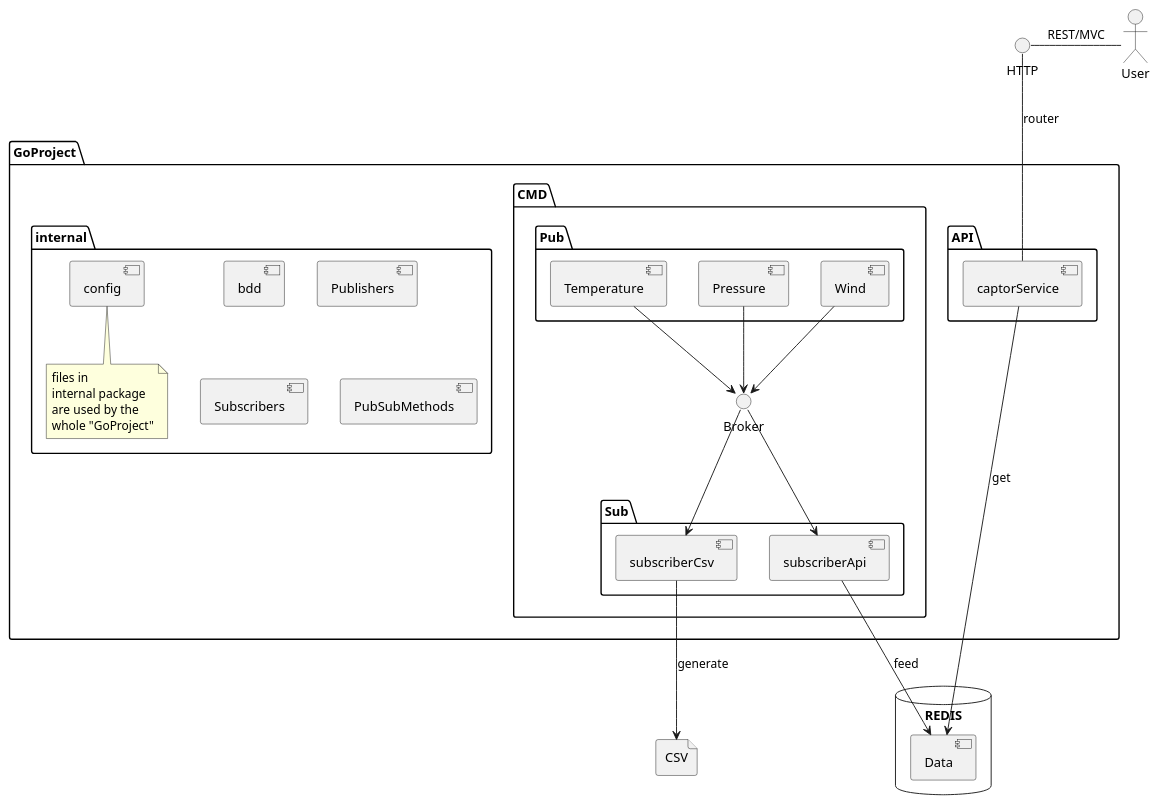
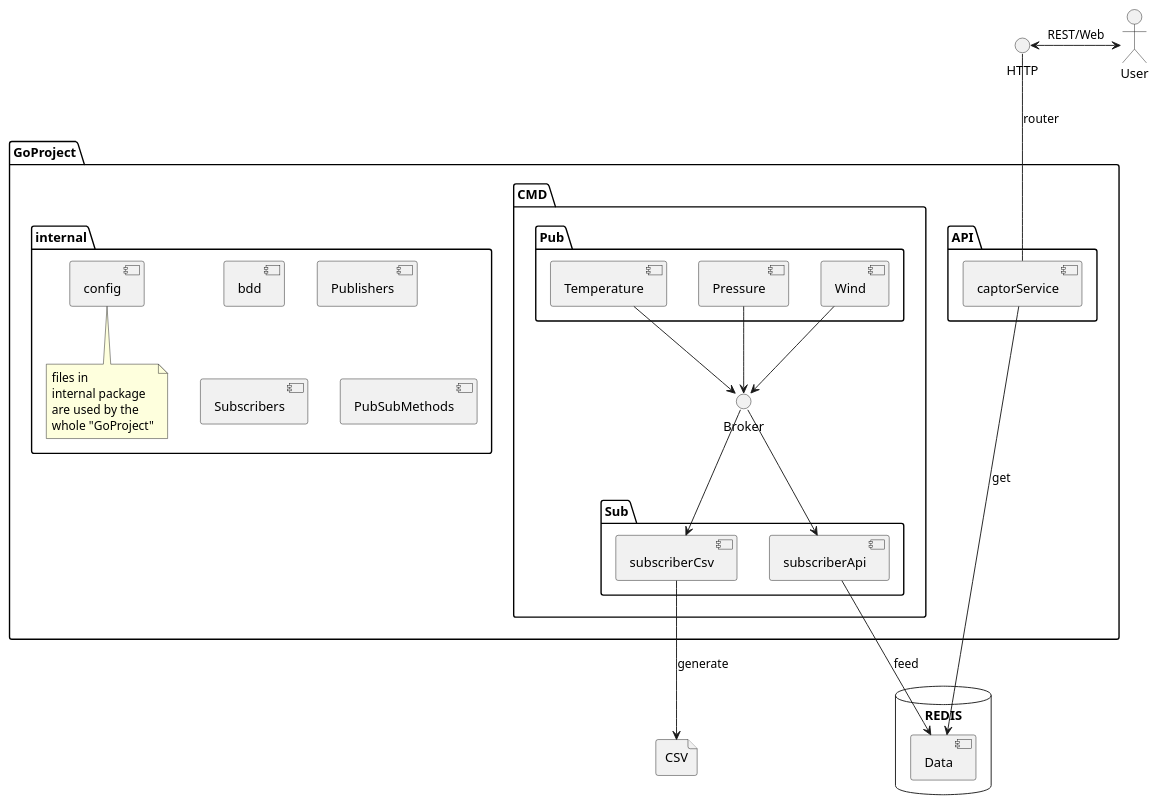
One commit to QuentinTournier40/GoProject changed the diagram in architecture/ArchiProjet.puml. Above: the diagram before and after it, drawn with PlantUML. The commit also changed 5 other files, not shown here.

```diff
--- a/architecture/ArchiProjet.puml
+++ b/architecture/ArchiProjet.puml
@@ -1,72 +1,72 @@
 @startuml
 'https://plantuml.com/component-diagram
 
 interface HTTP
 
 actor User
 package "GoProject" {
 package "API" {
     [captorService]
 }
 
 package "CMD" {
     package "Pub" {
         [Wind]
         [Temperature]
         [Pressure]
 
 
     }
     package "Sub" {
         [subscriberApi]
         [subscriberCsv]
 
     }
     interface Broker
 }
 
 package "internal" {
     [bdd]
     [config]
     [Publishers]
     [Subscribers]
     [PubSubMethods]
     note bottom of [config]
         files in
         internal package
         are used by the
         whole "GoProject"
     end note
 
 }
 
 }
 
 database "REDIS"{
     [Data]
 
 }
 
 file "CSV"
 
-User -left- HTTP : "REST/MVC"
+User <-left-> HTTP : "REST/Web"
 HTTP -down- [captorService] : router
 [captorService] -down-> [Data]: "get"
 
 [subscriberApi] -down-> [Data]: "feed"
 [subscriberCsv] -down-> "CSV": "generate"
 
 [subscriberApi] <-up- "Broker"
 [subscriberCsv] <-up- "Broker"
 "Broker" <-up- [Wind]
 "Broker" <-up- [Pressure]
 "Broker" <-up- [Temperature]
 
 
 
 
 
 
 
 
 @enduml
```
